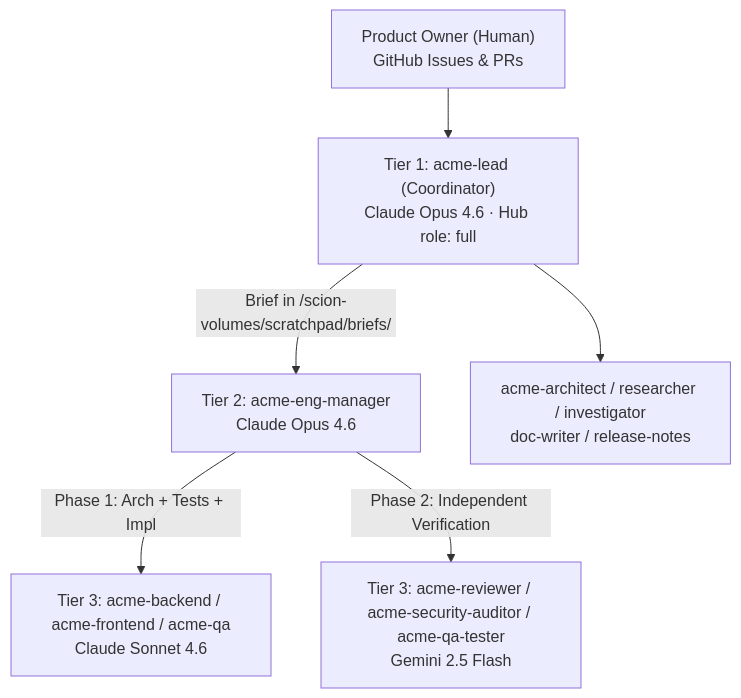
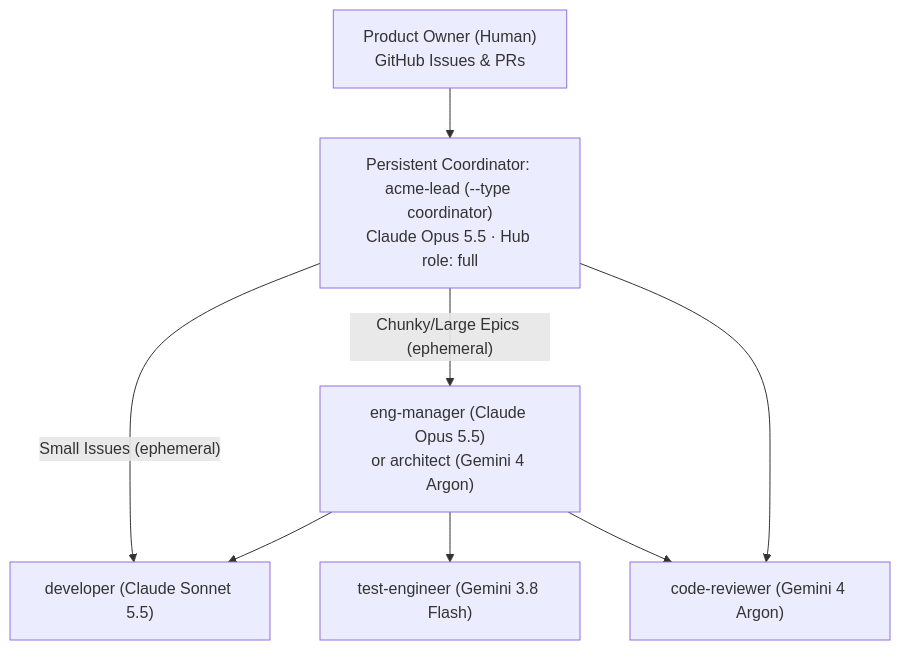
The diagram in docs/scion/02-agents-and-heartbeat.md (duboc/acme-airlines), drawn with Mermaid before and after one commit. The commit also changed other lines of this file and 181 other files, not shown here.

Commit message:
refactor(factory): adopt 6-template scion-frontiers/agent-team core, upgrade to Gemini 4 & Opus/Sonnet 5.5, and consolidate docs to 2 folders

````diff
--- a/docs/scion/02-agents-and-heartbeat.md
+++ b/docs/scion/02-agents-and-heartbeat.md
@@ -48,8 +42,10 @@
 ```mermaid
 flowchart TD
-    PO["Product Owner (Human)\nGitHub Issues & PRs"] --> LEAD["Tier 1: acme-lead (Coordinator)\nClaude Opus 4.6 · Hub role: full"]
-    LEAD -->|"Brief in /scion-volumes/scratchpad/briefs/"| EM["Tier 2: acme-eng-manager\nClaude Opus 4.6"]
-    LEAD --> ARCH["acme-architect / researcher / investigator\ndoc-writer / release-notes"]
-    EM -->|"Phase 1: Arch + Tests + Impl"| IMPL["Tier 3: acme-backend / acme-frontend / acme-qa\nClaude Sonnet 4.6"]
-    EM -->|"Phase 2: Independent Verification"| VER["Tier 3: acme-reviewer / acme-security-auditor / acme-qa-tester\nGemini 2.5 Flash"]
+    PO["Product Owner (Human)\nGitHub Issues & PRs"] --> LEAD["Persistent Coordinator: acme-lead (--type coordinator)\nClaude Opus 5.5 · Hub role: full"]
+    LEAD -->|"Chunky/Large Epics (ephemeral)"| EM["eng-manager (Claude Opus 5.5)\nor architect (Gemini 4 Argon)"]
+    LEAD -->|"Small Issues (ephemeral)"| DEV["developer (Claude Sonnet 5.5)"]
+    EM --> DEV
+    EM --> TEST["test-engineer (Gemini 3.8 Flash)"]
+    EM --> REV["code-reviewer (Gemini 4 Argon)"]
+    LEAD --> REV
 ```
````
